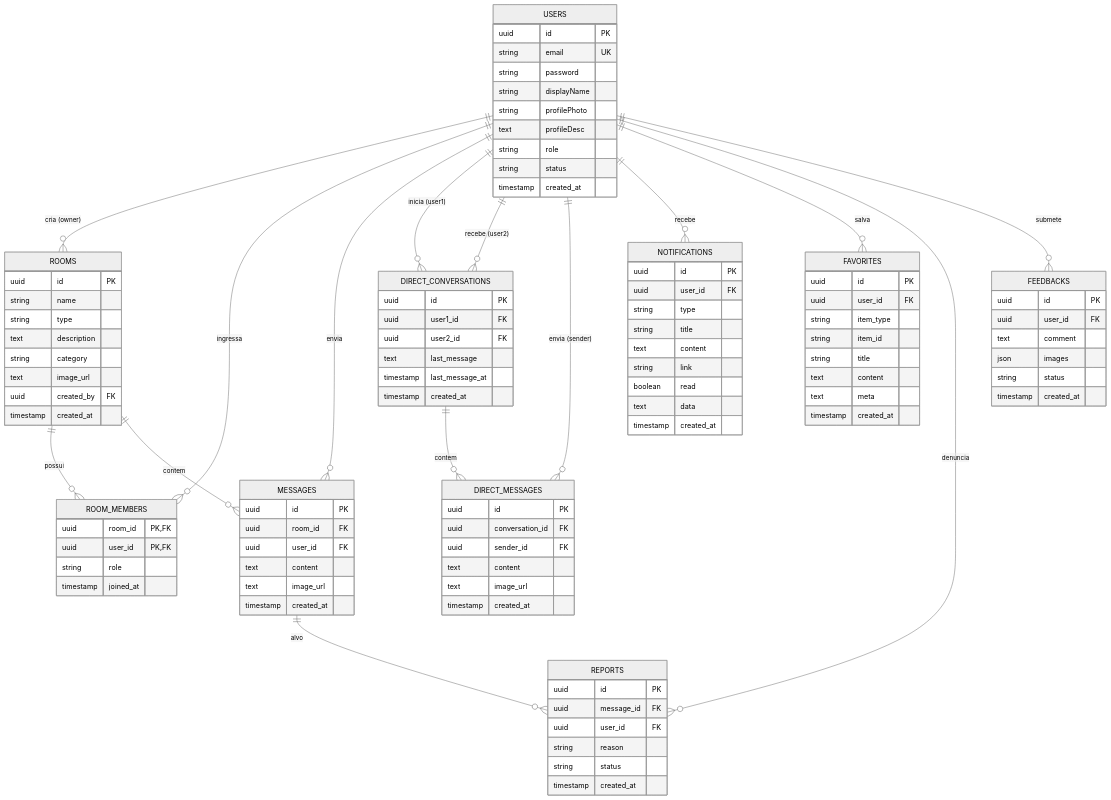
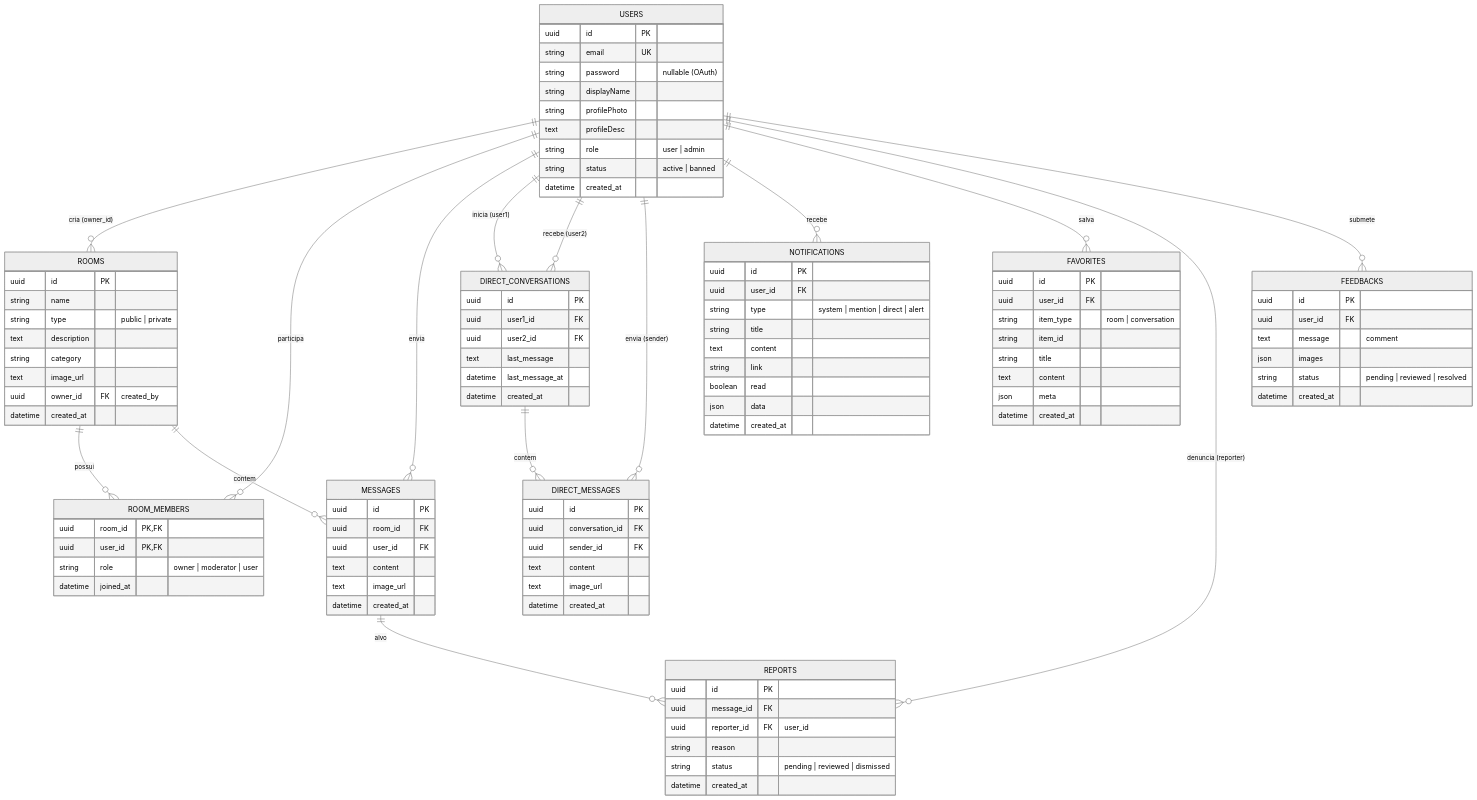
One commit to LucasRamosSilva-15/WebChat changed the fourth of 5 diagrams in README.md. Above: the diagram before and after it, drawn with Mermaid (neutral theme). The commit also changed other lines of this file and 9 other files, not shown here.

````diff
--- a/README.md
+++ b/README.md
@@ -476,7 +484,7 @@
 ```mermaid
 erDiagram
-    USERS ||--o{ ROOMS : "cria (owner)"
-    USERS ||--o{ ROOM_MEMBERS : "ingressa"
+    USERS ||--o{ ROOMS : "cria (owner_id)"
+    USERS ||--o{ ROOM_MEMBERS : "participa"
     ROOMS ||--o{ ROOM_MEMBERS : "possui"
     USERS ||--o{ MESSAGES : "envia"
     ROOMS ||--o{ MESSAGES : "contem"
@@ -486,38 +494,38 @@
     USERS ||--o{ DIRECT_MESSAGES : "envia (sender)"
     USERS ||--o{ NOTIFICATIONS : "recebe"
     USERS ||--o{ FAVORITES : "salva"
-    USERS ||--o{ REPORTS : "denuncia"
+    USERS ||--o{ REPORTS : "denuncia (reporter)"
     MESSAGES ||--o{ REPORTS : "alvo"
     USERS ||--o{ FEEDBACKS : "submete"
 
     USERS {
         uuid id PK
         string email UK
-        string password
+        string password "nullable (OAuth)"
         string displayName
         string profilePhoto
         text profileDesc
-        string role
-        string status
-        timestamp created_at
+        string role "user | admin"
+        string status "active | banned"
+        datetime created_at
     }
 
     ROOMS {
         uuid id PK
         string name
-        string type
+        string type "public | private"
         text description
         string category
         text image_url
-        uuid created_by FK
-        timestamp created_at
+        uuid owner_id FK "created_by"
+        datetime created_at
     }
 
     ROOM_MEMBERS {
         uuid room_id PK,FK
         uuid user_id PK,FK
-        string role
-        timestamp joined_at
+        string role "owner | moderator | user"
+        datetime joined_at
     }
 
     MESSAGES {
@@ -526,7 +534,7 @@
         uuid user_id FK
         text content
         text image_url
-        timestamp created_at
+        datetime created_at
     }
 
     DIRECT_CONVERSATIONS {
@@ -534,8 +542,8 @@
         uuid user1_id FK
         uuid user2_id FK
         text last_message
-        timestamp last_message_at
-        timestamp created_at
+        datetime last_message_at
+        datetime created_at
     }
 
     DIRECT_MESSAGES {
@@ -544,47 +552,47 @@
         uuid sender_id FK
         text content
         text image_url
-        timestamp created_at
+        datetime created_at
     }
 
     NOTIFICATIONS {
         uuid id PK
         uuid user_id FK
-        string type
+        string type "system | mention | direct | alert"
         string title
         text content
         string link
         boolean read
-        text data
-        timestamp created_at
+        json data
+        datetime created_at
     }
 
     FAVORITES {
         uuid id PK
         uuid user_id FK
-        string item_type
+        string item_type "room | conversation"
         string item_id
         string title
         text content
-        text meta
-        timestamp created_at
+        json meta
+        datetime created_at
     }
 
     REPORTS {
         uuid id PK
         uuid message_id FK
-        uuid user_id FK
+        uuid reporter_id FK "user_id"
         string reason
-        string status
-        timestamp created_at
+        string status "pending | reviewed | dismissed"
+        datetime created_at
     }
 
     FEEDBACKS {
         uuid id PK
         uuid user_id FK
-        text comment
+        text message "comment"
         json images
-        string status
-        timestamp created_at
+        string status "pending | reviewed | resolved"
+        datetime created_at
     }
 ```
````
